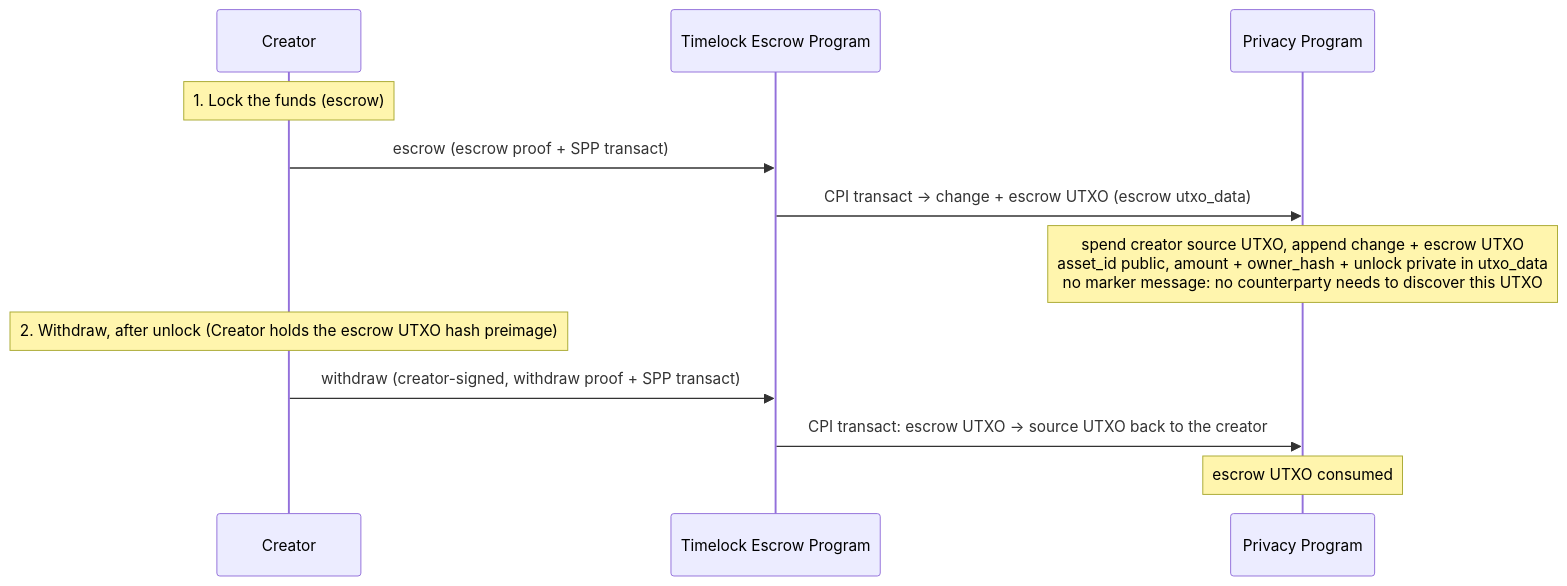
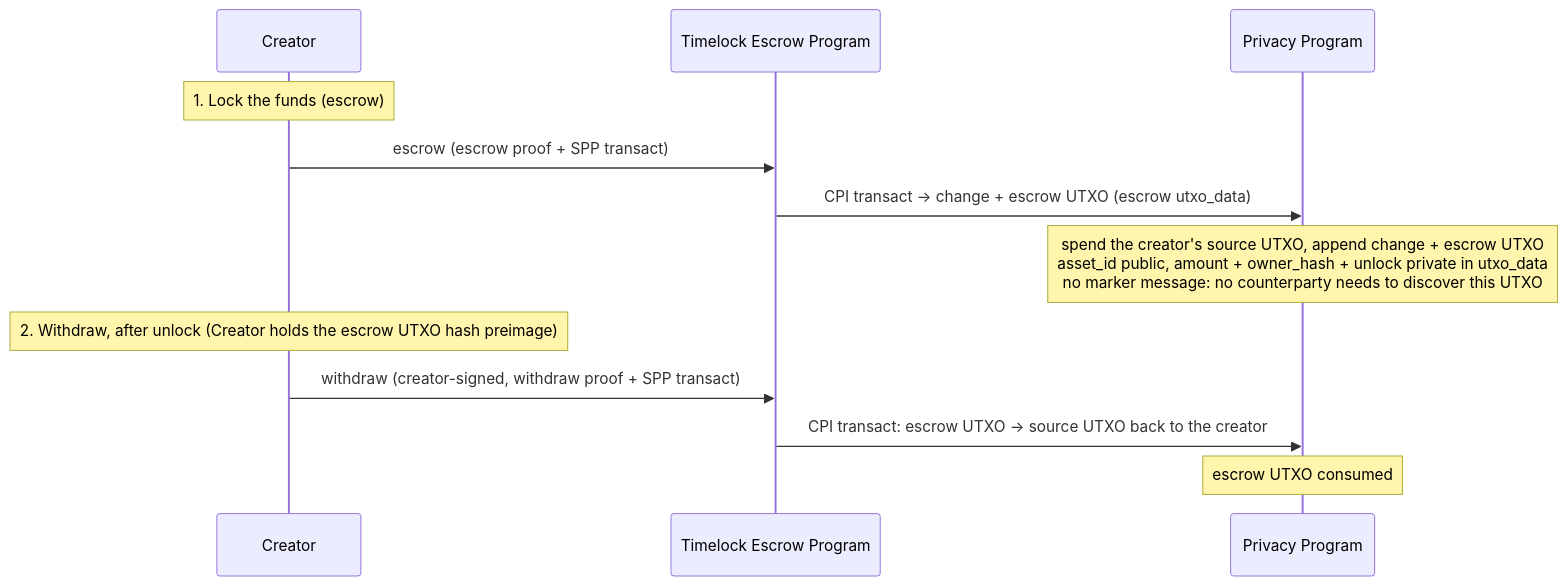
Before and after one commit to helius-labs/zolana: the diagram in sdk-tests/timelock-escrow/timelock_escrow.md, drawn with Mermaid. The commit also changed other lines of this file and 172 other files, not shown here.

````diff
--- a/sdk-tests/timelock-escrow/timelock_escrow.md
+++ b/sdk-tests/timelock-escrow/timelock_escrow.md
@@ -15,16 +15,16 @@
 ```mermaid
 sequenceDiagram
     participant Creator
     participant Escrow as Timelock Escrow Program
     participant SPP as Privacy Program
 
     Note over Creator: 1. Lock the funds (escrow)
     Creator->>Escrow: escrow (escrow proof + SPP transact)
     Escrow->>SPP: CPI transact -> change + escrow UTXO (escrow utxo_data)
-    Note over SPP: spend creator source UTXO, append change + escrow UTXO <br> asset_id public, amount + owner_hash + unlock private in utxo_data <br> no marker message: no counterparty needs to discover this UTXO
+    Note over SPP: spend the creator's source UTXO, append change + escrow UTXO <br> asset_id public, amount + owner_hash + unlock private in utxo_data <br> no marker message: no counterparty needs to discover this UTXO
 
     Note over Creator: 2. Withdraw, after unlock (Creator holds the escrow UTXO hash preimage)
     Creator->>Escrow: withdraw (creator-signed, withdraw proof + SPP transact)
     Escrow->>SPP: CPI transact: escrow UTXO -> source UTXO back to the creator
     Note over SPP: escrow UTXO consumed
 ```
````
